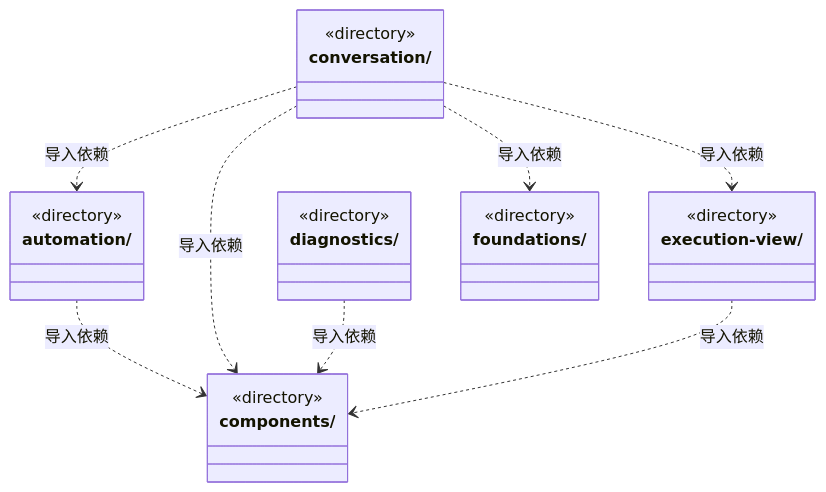
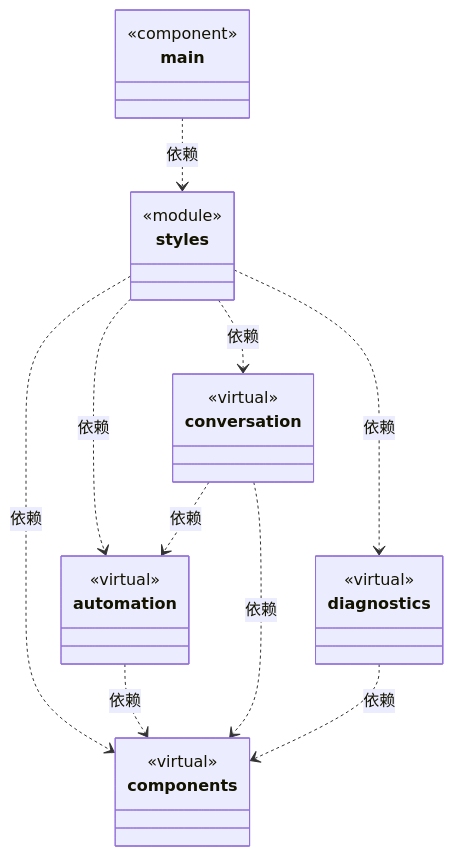
The first of 3 diagrams in src/view/ARCHITECTURE.md (nan023062/cbim), drawn with Mermaid before and after one commit. The commit also changed other lines of this file and 158 other files, not shown here.

Commit message:
docs: model architecture through nested virtual encapsulations

````diff
--- a/src/view/ARCHITECTURE.md
+++ b/src/view/ARCHITECTURE.md
@@ -52,28 +24,36 @@
 ```mermaid
 classDiagram
-class N_src_view_automation["automation/"] {
-  <<directory>>
+class N_97e7a8228c44["styles"] {
+  <<module>>
 }
-class N_src_view_components["components/"] {
-  <<directory>>
+click N_97e7a8228c44 href "styles.ts"
+class N_dc95f838da04["main"] {
+  <<component>>
 }
-class N_src_view_conversation["conversation/"] {
-  <<directory>>
+click N_dc95f838da04 href "main.tsx"
+class N_fca07a90bcfe["automation"] {
+  <<virtual>>
 }
-class N_src_view_diagnostics["diagnostics/"] {
-  <<directory>>
+click N_fca07a90bcfe href "automation/ARCHITECTURE.md"
+class N_dfb43eeed10c["components"] {
+  <<virtual>>
 }
-class N_src_view_execution_view["execution-view/"] {
-  <<directory>>
+click N_dfb43eeed10c href "components/ARCHITECTURE.md"
+class N_42144c278b0d["conversation"] {
+  <<virtual>>
 }
-class N_src_view_foundations["foundations/"] {
-  <<directory>>
+click N_42144c278b0d href "conversation/ARCHITECTURE.md"
+class N_1d55856eb711["diagnostics"] {
+  <<virtual>>
 }
-N_src_view_automation ..> N_src_view_components : 导入依赖
-N_src_view_conversation ..> N_src_view_components : 导入依赖
-N_src_view_conversation ..> N_src_view_foundations : 导入依赖
-N_src_view_conversation ..> N_src_view_execution_view : 导入依赖
-N_src_view_conversation ..> N_src_view_automation : 导入依赖
-N_src_view_diagnostics ..> N_src_view_components : 导入依赖
-N_src_view_execution_view ..> N_src_view_components : 导入依赖
+click N_1d55856eb711 href "diagnostics/ARCHITECTURE.md"
+N_dc95f838da04 ..> N_97e7a8228c44 : 依赖
+N_97e7a8228c44 ..> N_fca07a90bcfe : 依赖
+N_97e7a8228c44 ..> N_dfb43eeed10c : 依赖
+N_97e7a8228c44 ..> N_42144c278b0d : 依赖
+N_97e7a8228c44 ..> N_1d55856eb711 : 依赖
+N_fca07a90bcfe ..> N_dfb43eeed10c : 依赖
+N_42144c278b0d ..> N_fca07a90bcfe : 依赖
+N_42144c278b0d ..> N_dfb43eeed10c : 依赖
+N_1d55856eb711 ..> N_dfb43eeed10c : 依赖
 ```
````
